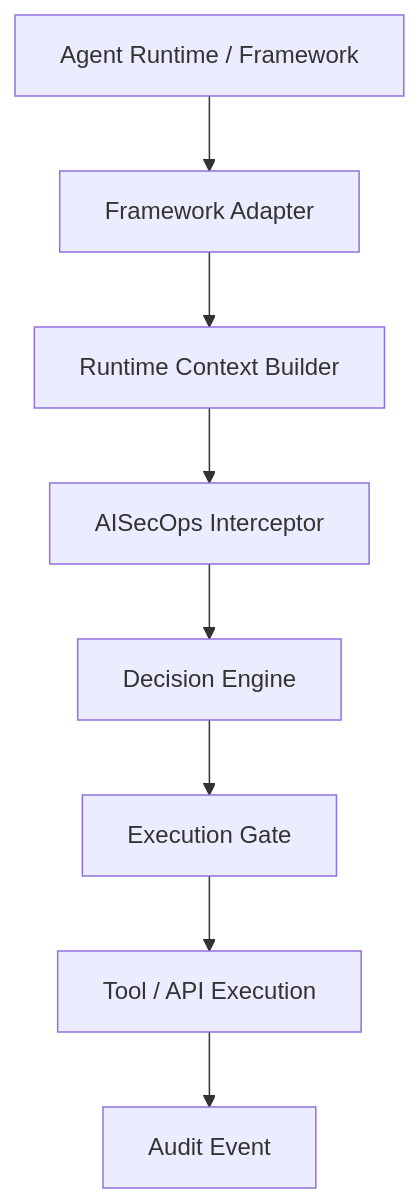
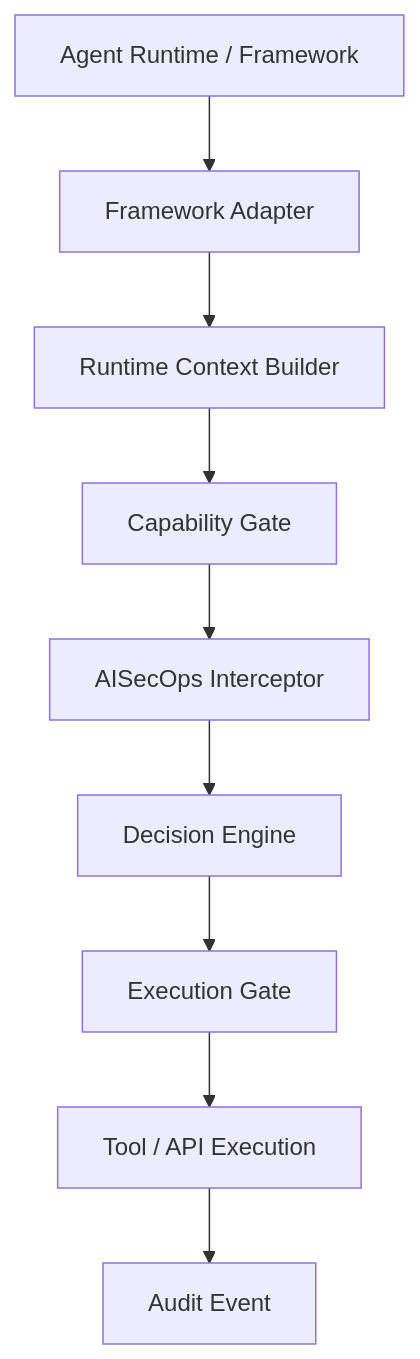
One commit to viplavfauzdar/aisecops-interceptor changed the first of 6 diagrams in README.md. Above: the diagram before and after it, drawn with Mermaid. The commit also changed other lines of this file and 5 other files, not shown here.

Commit message:
Add capability-gated tool execution

````diff
--- a/README.md
+++ b/README.md
@@ -156,19 +157,21 @@
 ```mermaid
 flowchart TD
 
 A[Agent Runtime / Framework]
 
 A --> B[Framework Adapter]
 
 B --> C[Runtime Context Builder]
 
-C --> D[AISecOps Interceptor]
+C --> D[Capability Gate]
 
-D --> E[Decision Engine]
+D --> E[AISecOps Interceptor]
 
-E --> F[Execution Gate]
+E --> F[Decision Engine]
 
-F --> G[Tool / API Execution]
+F --> G[Execution Gate]
 
-G --> H[Audit Event]
+G --> H[Tool / API Execution]
+
+H --> I[Audit Event]
 ```
````
